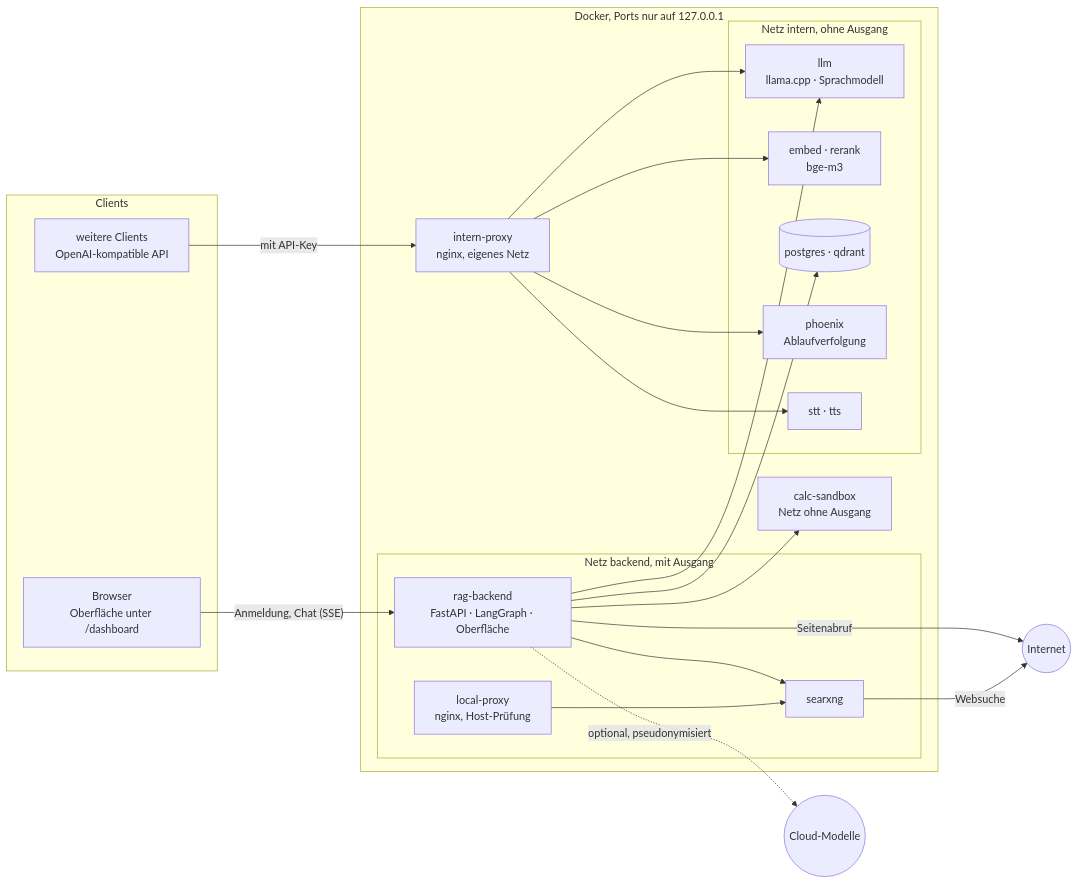
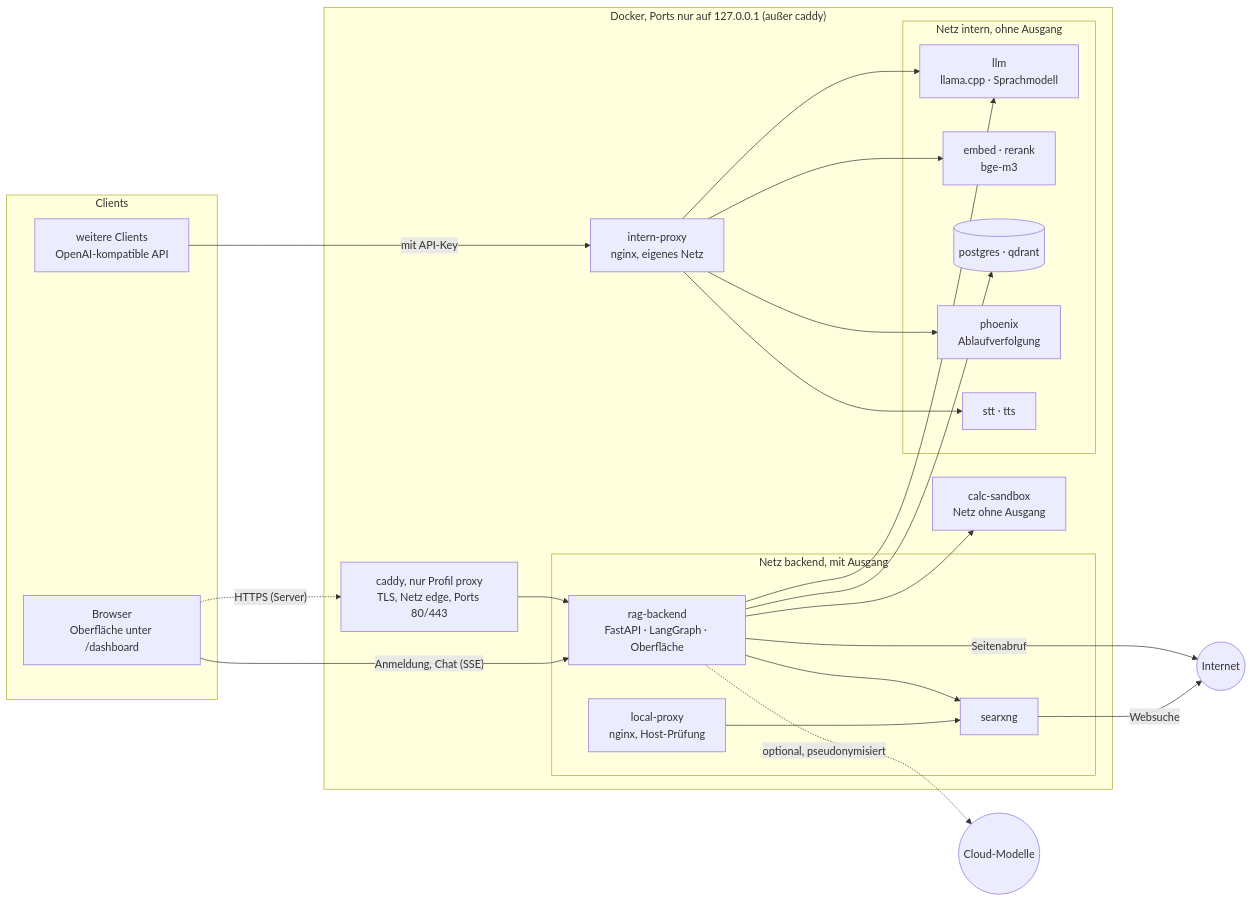
The diagram in README.de.md (Donofluziver-dev/Argus), drawn with Mermaid before and after one commit. The commit also changed other lines of this file and 18 other files, not shown here.

First line of the commit message:
TLS-Proxy als Profil, Ratenlimit je Konto, Proxy-Header nur von vertrauten Adressen

````diff
--- a/README.de.md
+++ b/README.de.md
@@ -357,37 +359,40 @@
 ```mermaid
 flowchart LR
   subgraph Clients
     WEB["Browser<br/>Oberfläche unter /dashboard"]
     API2["weitere Clients<br/>OpenAI-kompatible API"]
   end
-  subgraph Docker["Docker, Ports nur auf 127.0.0.1"]
+  subgraph Docker["Docker, Ports nur auf 127.0.0.1 (außer caddy)"]
     subgraph EXT["Netz backend, mit Ausgang"]
       API["rag-backend<br/>FastAPI · LangGraph · Oberfläche"]
       SX["searxng"]
       PX["local-proxy<br/>nginx, Host-Prüfung"]
     end
     subgraph INT["Netz intern, ohne Ausgang"]
       LLM["llm<br/>llama.cpp · Sprachmodell"]
       EMB["embed · rerank<br/>bge-m3"]
       DB[("postgres · qdrant")]
       PH["phoenix<br/>Ablaufverfolgung"]
       SP["stt · tts"]
     end
     IP["intern-proxy<br/>nginx, eigenes Netz"]
     SB["calc-sandbox<br/>Netz ohne Ausgang"]
+    CAD["caddy, nur Profil proxy<br/>TLS, Netz edge, Ports 80/443"]
   end
   WEB -->|"Anmeldung, Chat (SSE)"| API
+  WEB -.->|"HTTPS (Server)"| CAD
+  CAD --> API
   API2 -->|"mit API-Key"| IP
   IP --> LLM
   IP --> EMB
   IP --> SP
   IP --> PH
   PX --> SX
   API --> LLM
   API --> DB
   API --> SB
   API --> SX
   SX -->|Websuche| NET((Internet))
   API -->|Seitenabruf| NET
   API -.->|"optional, pseudonymisiert"| CLOUD((Cloud-Modelle))
 ```
````
